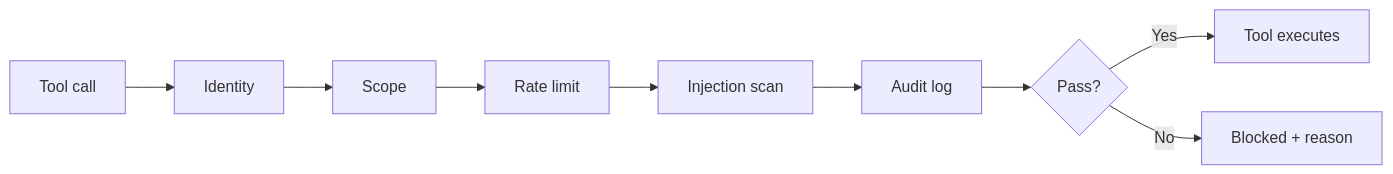
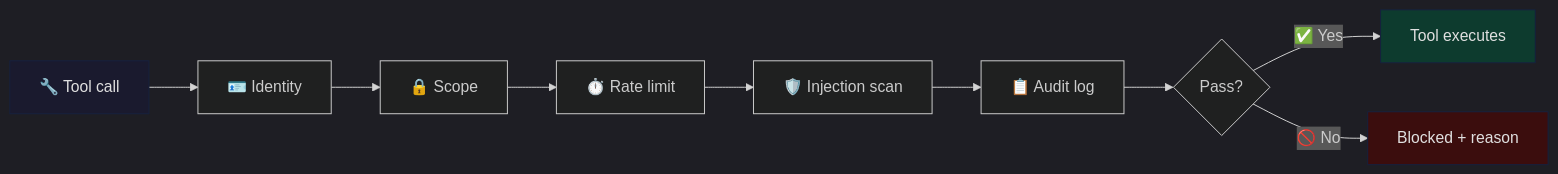
One commit to davidcrowe/openclaw-gatewaystack-governance changed the diagram in README.md. Above: the diagram before and after it, drawn with Mermaid. The commit also changed other lines of this file and 7 other files, not shown here.

````diff
--- a/README.md
+++ b/README.md
@@ -65,11 +38,16 @@
 ```mermaid
+%%{init: {'theme': 'dark'}}%%
 flowchart LR
-    A[Tool call] --> B[Identity]
-    B --> C[Scope]
-    C --> D[Rate limit]
-    D --> E[Injection scan]
-    E --> F[Audit log]
-    F --> G{Pass?}
-    G -->|Yes| H[Tool executes]
-    G -->|No| I[Blocked + reason]
+    A["🔧 Tool call"] --> B["🪪 Identity"]
+    B --> C["🔒 Scope"]
+    C --> D["⏱️ Rate limit"]
+    D --> E["🛡️ Injection scan"]
+    E --> F["📋 Audit log"]
+    F --> G{"Pass?"}
+    G -- "✅ Yes" --> H["Tool executes"]
+    G -- "🚫 No" --> I["Blocked + reason"]
+
+    style A fill:#1a1a2e,stroke:#16213e,color:#e0e0e0
+    style H fill:#0d3b2e,stroke:#16213e,color:#e0e0e0
+    style I fill:#3b0d0d,stroke:#16213e,color:#e0e0e0
 ```
````
